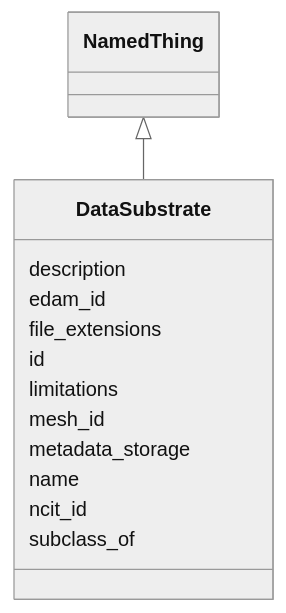
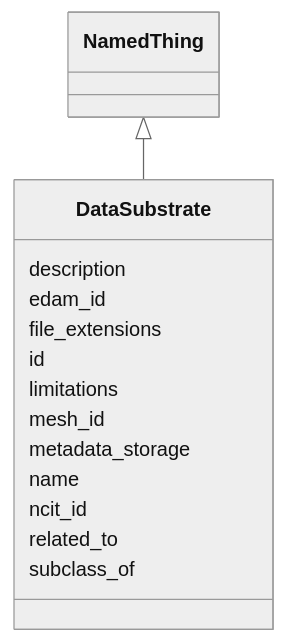
The diagram in docs/DataSubstrate.md (bridge2ai/standards-schemas), drawn with Mermaid (neutral theme) before and after one commit. The commit also changed other lines of this file and 65 other files, not shown here.

````diff
--- a/docs/DataSubstrate.md
+++ b/docs/DataSubstrate.md
@@ -11,17 +11,18 @@
 ```mermaid
  classDiagram
     class DataSubstrate
       NamedThing <|-- DataSubstrate
       
       DataSubstrate : description
       DataSubstrate : edam_id
       DataSubstrate : file_extensions
       DataSubstrate : id
       DataSubstrate : limitations
       DataSubstrate : mesh_id
       DataSubstrate : metadata_storage
       DataSubstrate : name
       DataSubstrate : ncit_id
+      DataSubstrate : related_to
       DataSubstrate : subclass_of
       
 ```
````
